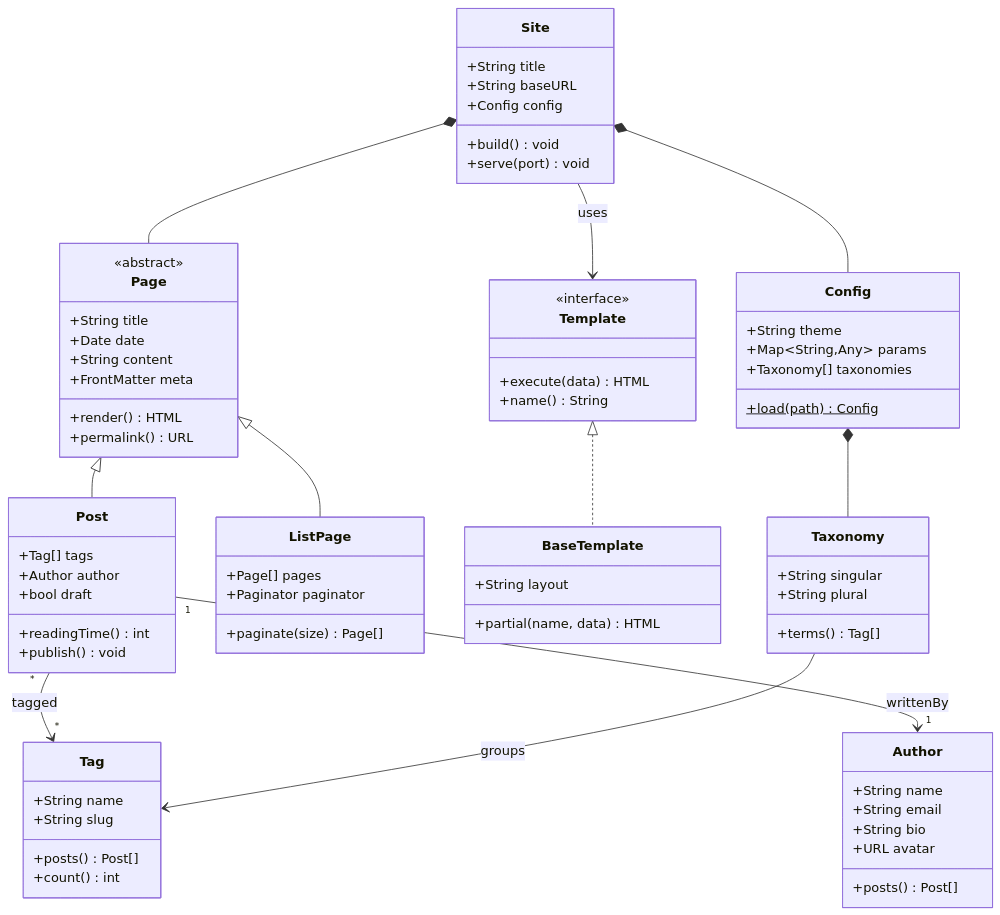
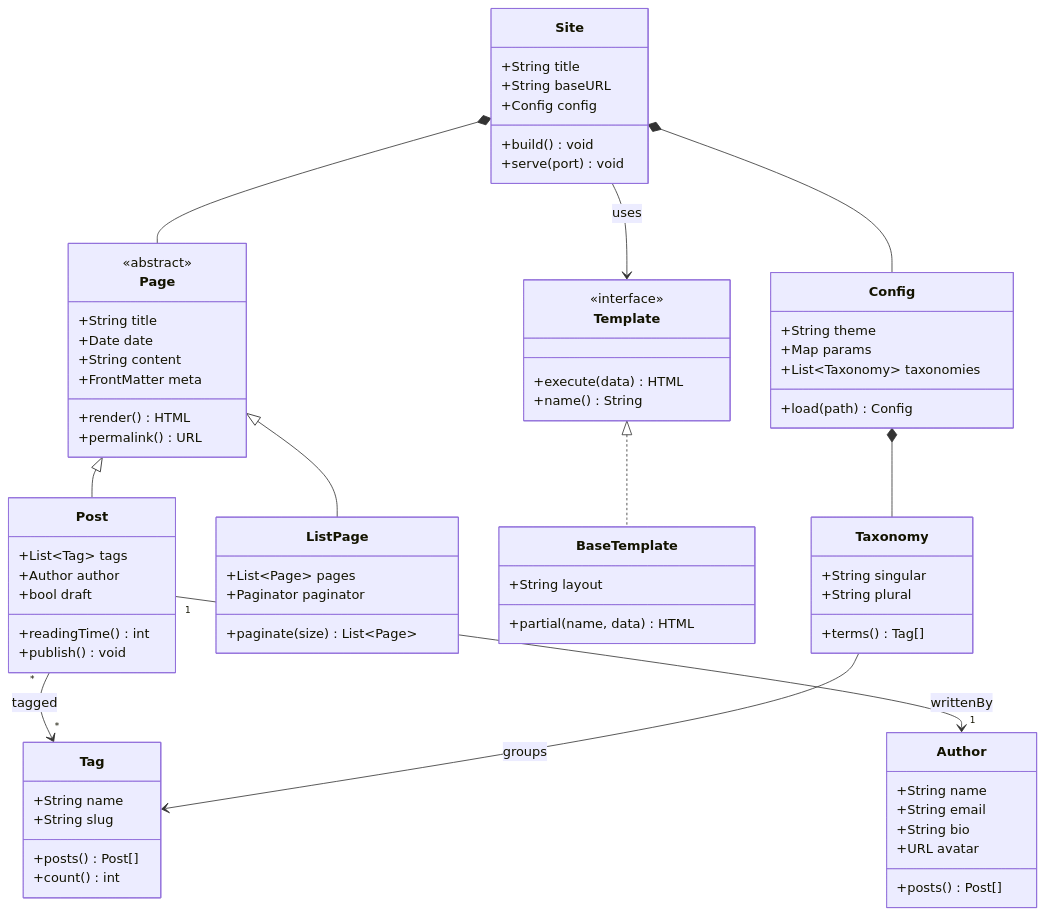
Before and after one commit to absolutepraya/blog: the fourth of 9 diagrams in content/posts/hello-world.md, drawn with Mermaid.

Commit message:
Fix class diagram syntax: use Mermaid-compatible generics
Replace Type[] array notation with List~Type~ generics, remove comma
in Map~String,Any~ generic, and drop static $ marker on return type.

````diff
--- a/content/posts/hello-world.md
+++ b/content/posts/hello-world.md
@@ -261,75 +261,75 @@
 ```mermaid
 classDiagram
     class Site {
         +String title
         +String baseURL
         +Config config
         +build() void
         +serve(port) void
     }
     class Config {
         +String theme
-        +Map~String,Any~ params
-        +Taxonomy[] taxonomies
-        +load(path) Config$
+        +Map params
+        +List~Taxonomy~ taxonomies
+        +load(path) Config
     }
     class Page {
         <<abstract>>
         +String title
         +Date date
         +String content
         +FrontMatter meta
         +render() HTML
         +permalink() URL
     }
     class Post {
-        +Tag[] tags
+        +List~Tag~ tags
         +Author author
         +bool draft
         +readingTime() int
         +publish() void
     }
     class ListPage {
-        +Page[] pages
+        +List~Page~ pages
         +Paginator paginator
-        +paginate(size) Page[]
+        +paginate(size) List~Page~
     }
     class Author {
         +String name
         +String email
         +String bio
         +URL avatar
         +posts() Post[]
     }
     class Tag {
         +String name
         +String slug
         +posts() Post[]
         +count() int
     }
     class Template {
         <<interface>>
         +execute(data) HTML
         +name() String
     }
     class BaseTemplate {
         +String layout
         +partial(name, data) HTML
     }
     class Taxonomy {
         +String singular
         +String plural
         +terms() Tag[]
     }
 
     Site *-- Config
     Site *-- Page
     Page <|-- Post
     Page <|-- ListPage
     Post "1" --> "1" Author : writtenBy
     Post "*" --> "*" Tag : tagged
     Site --> Template : uses
     Template <|.. BaseTemplate
     Config *-- Taxonomy
     Taxonomy --> Tag : groups
 ```
````
